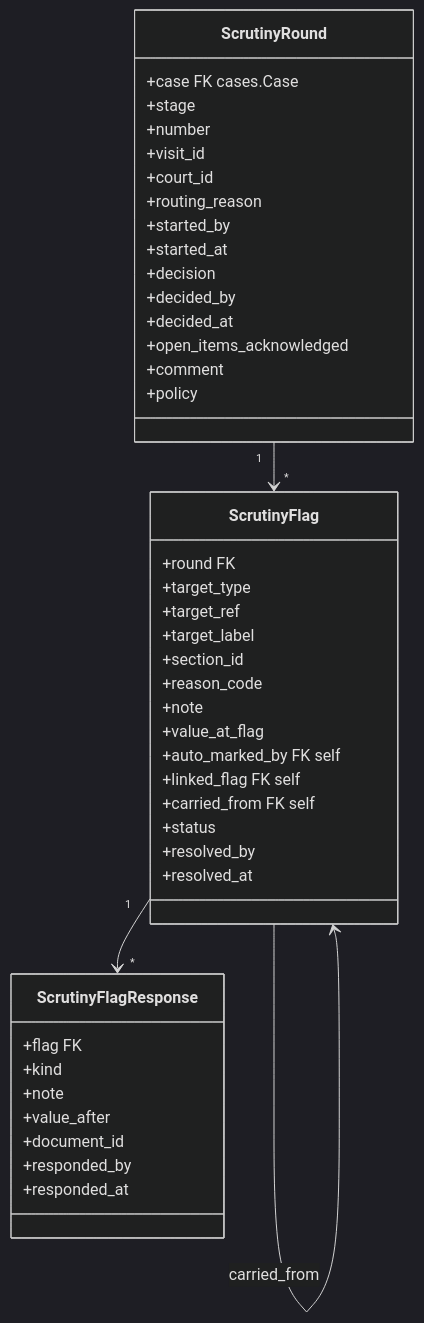
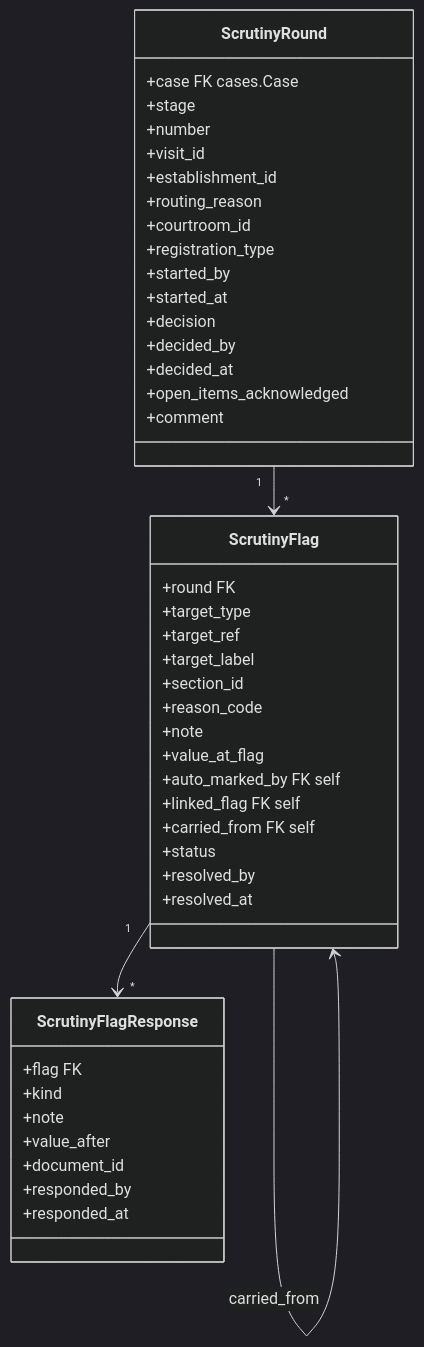
The first of 2 diagrams in spec/0024-scrutiny.md (pucardotorg/dristi-be), drawn with Mermaid (dark theme) before and after one commit. The commit also changed other lines of this file and 3 other files, not shown here.

````diff
--- a/spec/0024-scrutiny.md
+++ b/spec/0024-scrutiny.md
@@ -505,47 +376,48 @@
 ```mermaid
 classDiagram
     class ScrutinyRound {
         +case FK cases.Case
         +stage
         +number
         +visit_id
-        +court_id
+        +establishment_id
         +routing_reason
+        +courtroom_id
+        +registration_type
         +started_by
         +started_at
         +decision
         +decided_by
         +decided_at
         +open_items_acknowledged
         +comment
-        +policy
     }
     class ScrutinyFlag {
         +round FK
         +target_type
         +target_ref
         +target_label
         +section_id
         +reason_code
         +note
         +value_at_flag
         +auto_marked_by FK self
         +linked_flag FK self
         +carried_from FK self
         +status
         +resolved_by
         +resolved_at
     }
     class ScrutinyFlagResponse {
         +flag FK
         +kind
         +note
         +value_after
         +document_id
         +responded_by
         +responded_at
     }
     ScrutinyRound "1" --> "*" ScrutinyFlag
     ScrutinyFlag "1" --> "*" ScrutinyFlagResponse
     ScrutinyFlag --> ScrutinyFlag : carried_from
 ```
````
